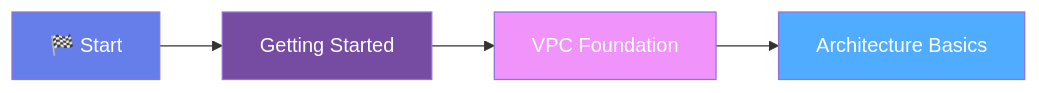
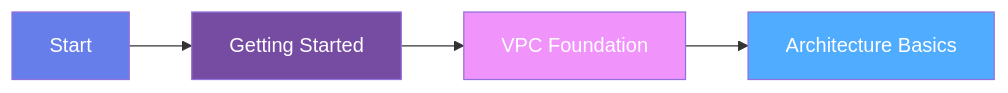
The first of 6 diagrams in docs-website/docs/learning-path.md (Khuzaima05/landing-zone-detailed), drawn with Mermaid before and after one commit. The commit also changed other lines of this file, not shown here.

Commit message:
fix: Correct Mermaid syntax errors in learning path diagrams

````diff
--- a/docs-website/docs/learning-path.md
+++ b/docs-website/docs/learning-path.md
@@ -12,10 +12,10 @@
 ```mermaid
 graph LR
-    A[🏁 Start] --> B[Getting Started]
-    B --> C[VPC Foundation]
-    C --> D[Architecture Basics]
+    A["Start"] --> B["Getting Started"]
+    B --> C["VPC Foundation"]
+    C --> D["Architecture Basics"]
     style A fill:#667eea,color:#fff
     style B fill:#764ba2,color:#fff
     style C fill:#f093fb,color:#fff
     style D fill:#4facfe,color:#fff
 ```
````
